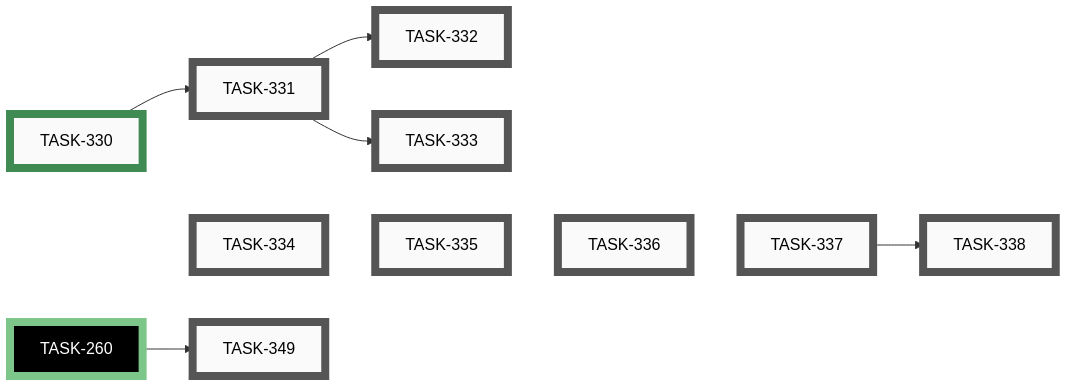
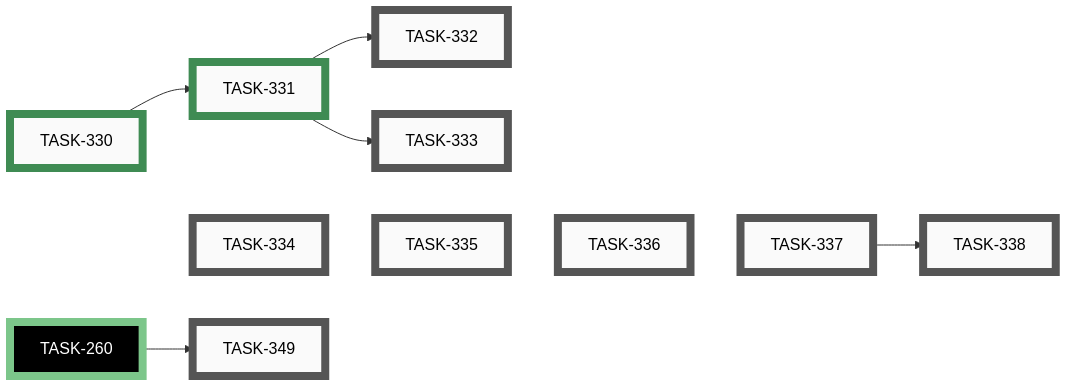
The eighth of 10 diagrams in docs/developers/tasks/EPICS.md (tgd1975/AwesomeStudioPedal), drawn with Mermaid before and after one commit. The commit also changed other lines of this file and 13 other files, not shown here.

First line of the commit message:
close TASK-331: Add Info/About page to the Flutter app

````diff
--- a/docs/developers/tasks/EPICS.md
+++ b/docs/developers/tasks/EPICS.md
@@ -296,39 +296,39 @@
 ```mermaid
 graph LR
-    TASK_331["TASK-331"]:::open
     TASK_332["TASK-332"]:::open
     TASK_333["TASK-333"]:::open
     TASK_334["TASK-334"]:::open
     TASK_335["TASK-335"]:::open
     TASK_336["TASK-336"]:::open
     TASK_337["TASK-337"]:::open
     TASK_338["TASK-338"]:::open
     TASK_349["TASK-349"]:::open
     TASK_330["TASK-330"]:::closed
+    TASK_331["TASK-331"]:::closed
     TASK_260["TASK-260"]:::closedExt
-    TASK_330 --> TASK_331
     TASK_331 --> TASK_332
     TASK_331 --> TASK_333
     TASK_337 --> TASK_338
     TASK_260 --> TASK_349
+    TASK_330 --> TASK_331
     TASK_330 ~~~ TASK_334 ~~~ TASK_335 ~~~ TASK_336 ~~~ TASK_337
-    click TASK_331 "open/task-331-add-info-about-page.md"
     click TASK_332 "open/task-332-add-howto-quickstart-page.md"
     click TASK_333 "open/task-333-add-profiles-troubleshooting-legal-pages.md"
     click TASK_334 "open/task-334-add-startup-splash-screen.md"
     click TASK_335 "open/task-335-add-connection-status-strip-and-details-sheet.md"
     click TASK_336 "open/task-336-add-connected-pedal-page-board-only.md"
     click TASK_337 "open/task-337-firmware-expose-version-config-active-profile.md"
     click TASK_338 "open/task-338-add-hid-display-table-and-live-keystroke-page.md"
     click TASK_349 "open/task-349-display-unified-version-in-mobile-app.md"
     click TASK_330 "closed/task-330-decide-content-page-open-questions.md"
+    click TASK_331 "closed/task-331-add-info-about-page.md"
     click TASK_260 "closed/task-260-unify-version-numbers-across-deliverables.md"
     classDef open    fill:#FAFAFA,stroke:#555,stroke-width:8px,color:#000
     classDef active  fill:#FAFAFA,stroke:#1A6FA8,stroke-width:8px,color:#000
     classDef closed  fill:#FAFAFA,stroke:#3F8B53,stroke-width:8px,color:#000
     classDef paused  fill:#FAFAFA,stroke:#B07810,stroke-width:8px,color:#000
     classDef openExt    fill:#000,stroke:#888,stroke-width:8px,color:#FFF
     classDef activeExt  fill:#000,stroke:#3FA9F5,stroke-width:8px,color:#FFF
     classDef closedExt  fill:#000,stroke:#7CC68A,stroke-width:8px,color:#FFF
     classDef pausedExt  fill:#000,stroke:#F0B030,stroke-width:8px,color:#FFF
 ```
````
